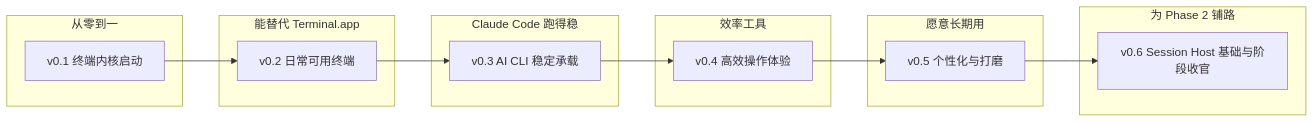
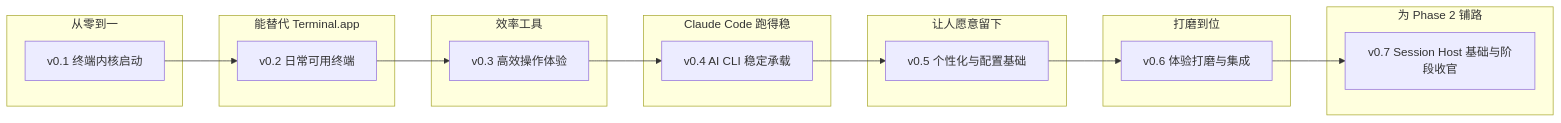
Before and after one commit to KyleYang2002/Hi-Terms: the second of 3 diagrams in docs/reqs/hi-terms-roadmap.md, drawn with Mermaid. The commit also changed other lines of this file and 4 other files, not shown here.

First line of the commit message:
Revise Phase 1 roadmap (v0.1–v0.7) and add technical decisions document

````diff
--- a/docs/reqs/hi-terms-roadmap.md
+++ b/docs/reqs/hi-terms-roadmap.md
@@ -61,22 +65,25 @@
 ```mermaid
 graph LR
     subgraph "从零到一"
         V1["v0.1 终端内核启动"]
     end
     subgraph "能替代 Terminal.app"
         V2["v0.2 日常可用终端"]
     end
+    subgraph "效率工具"
+        V3["v0.3 高效操作体验"]
+    end
     subgraph "Claude Code 跑得稳"
-        V3["v0.3 AI CLI 稳定承载"]
+        V4["v0.4 AI CLI 稳定承载"]
     end
-    subgraph "效率工具"
-        V4["v0.4 高效操作体验"]
+    subgraph "让人愿意留下"
+        V5["v0.5 个性化与配置基础"]
     end
-    subgraph "愿意长期用"
-        V5["v0.5 个性化与打磨"]
+    subgraph "打磨到位"
+        V6["v0.6 体验打磨与集成"]
     end
     subgraph "为 Phase 2 铺路"
-        V6["v0.6 Session Host 基础与阶段收官"]
+        V7["v0.7 Session Host 基础与阶段收官"]
     end
-    V1 --> V2 --> V3 --> V4 --> V5 --> V6
+    V1 --> V2 --> V3 --> V4 --> V5 --> V6 --> V7
 ```
````
